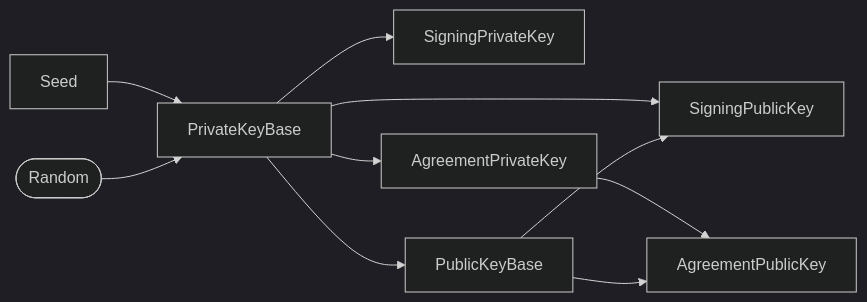
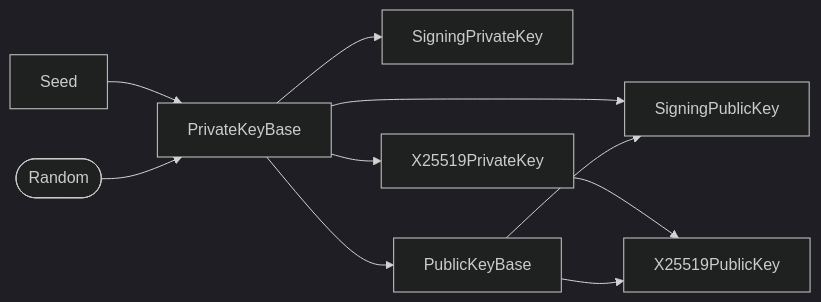
Before and after one commit to BlockchainCommons/bc-envelope-cli-rust: the diagram in docs/Signing.md, drawn with Mermaid (dark theme). The commit also changed other lines of this file and 4 other files, not shown here.

````diff
--- a/docs/Signing.md
+++ b/docs/Signing.md
@@ -61,12 +61,12 @@
 ```mermaid
 graph LR
     Seed --> PrivateKeyBase
     random([Random]) --> PrivateKeyBase
     PrivateKeyBase --> SigningPrivateKey
     PrivateKeyBase --> SigningPublicKey
-    PrivateKeyBase --> AgreementPrivateKey
-    AgreementPrivateKey --> AgreementPublicKey
+    PrivateKeyBase --> X25519PrivateKey
+    X25519PrivateKey --> X25519PublicKey
     PrivateKeyBase --> PublicKeyBase
     PublicKeyBase --> SigningPublicKey
-    PublicKeyBase --> AgreementPublicKey
+    PublicKeyBase --> X25519PublicKey
 ```
````
